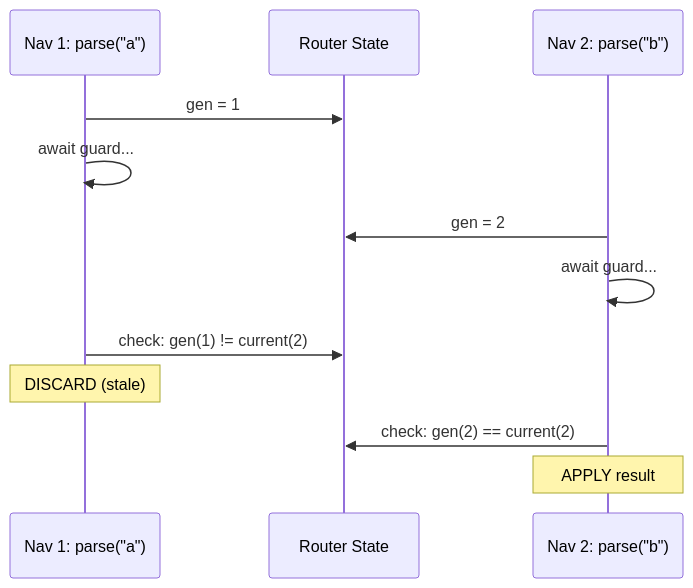
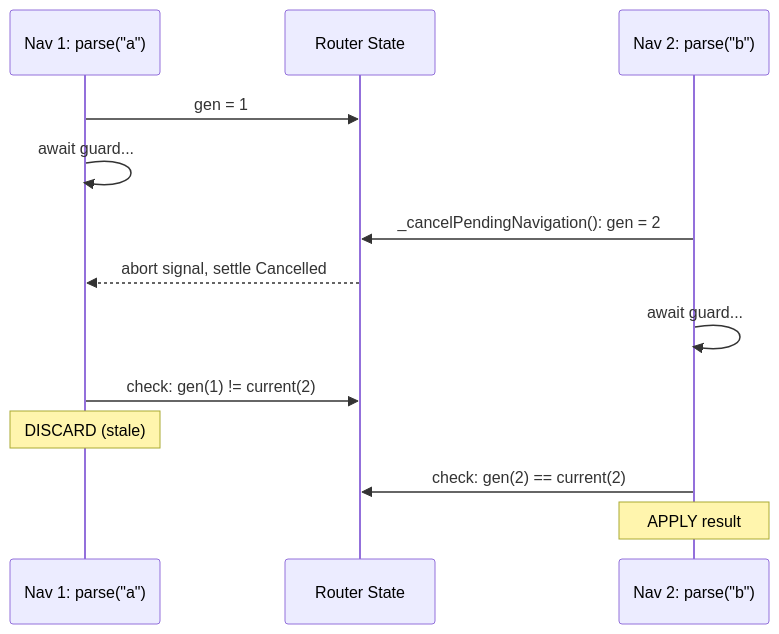
One commit to wridgeu/ui5-lib-guard-router changed the third of 4 diagrams in docs/reference/architecture.md. Above: the diagram before and after it, drawn with Mermaid. The commit also changed other lines of this file and 10 other files, not shown here.

````diff
--- a/docs/reference/architecture.md
+++ b/docs/reference/architecture.md
@@ -402,15 +406,16 @@
 ```mermaid
 sequenceDiagram
     participant Nav1 as Nav 1: parse("a")
     participant Router as Router State
     participant Nav2 as Nav 2: parse("b")
 
     Nav1->>Router: gen = 1
     Nav1->>Nav1: await guard...
-    Nav2->>Router: gen = 2
+    Nav2->>Router: _cancelPendingNavigation(): gen = 2
+    Router-->>Nav1: abort signal, settle Cancelled
     Nav2->>Nav2: await guard...
     Nav1->>Router: check: gen(1) != current(2)
     Note over Nav1: DISCARD (stale)
     Nav2->>Router: check: gen(2) == current(2)
     Note over Nav2: APPLY result
 ```
````
